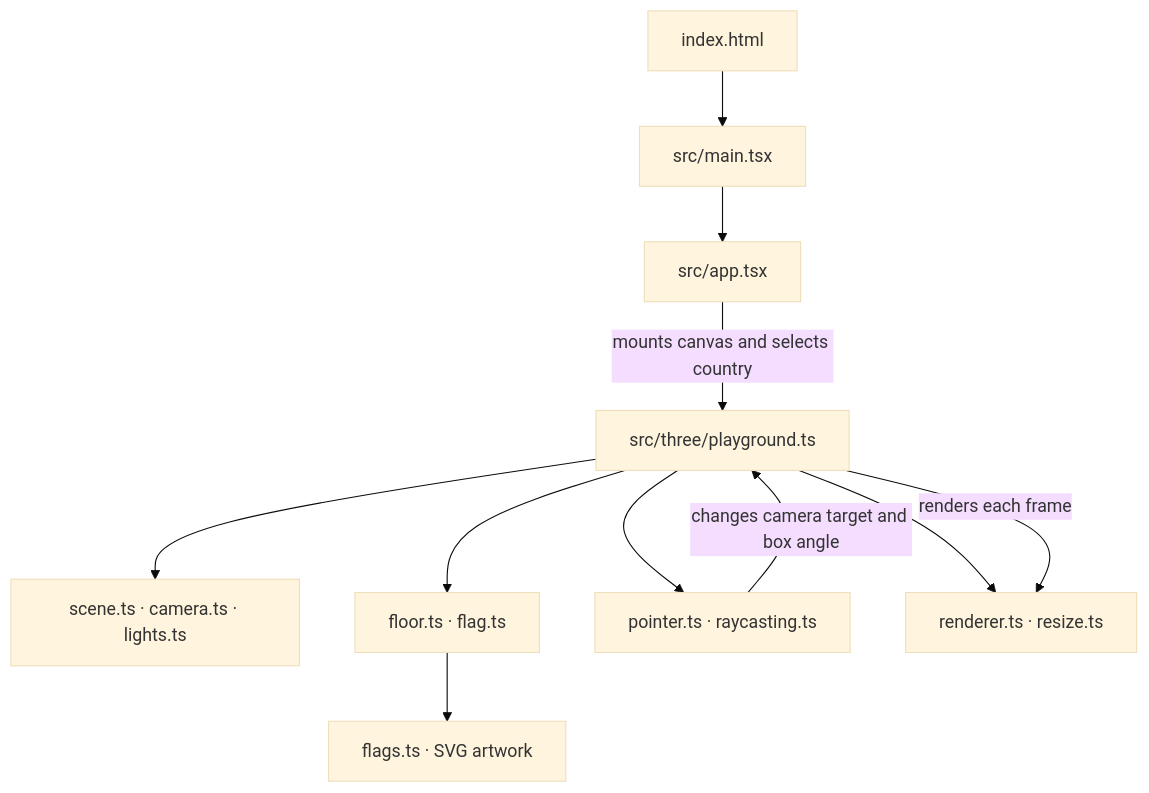
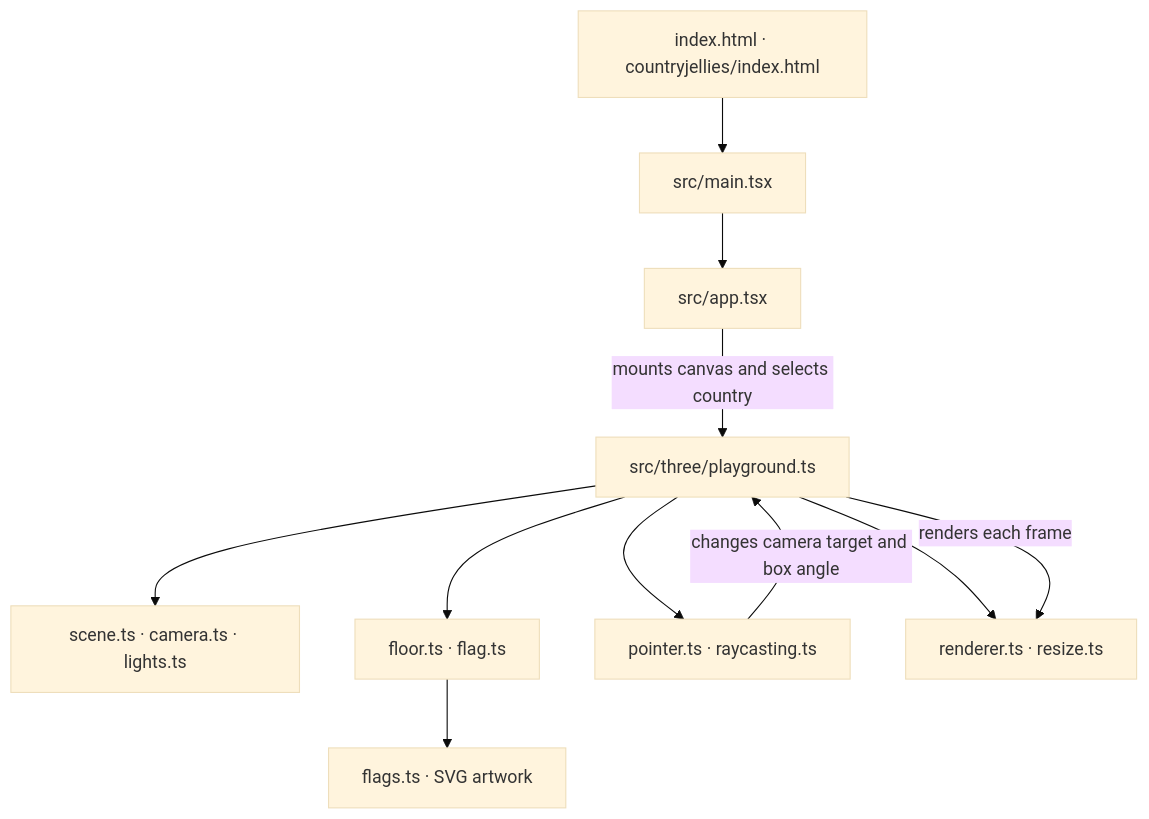
The diagram in README.md (arvikachristy/semesta), drawn with Mermaid (base theme) before and after one commit. The commit also changed other lines of this file and 2 other files, not shown here.

Commit message:
feat: serve playground at countryjellies path

````diff
--- a/README.md
+++ b/README.md
@@ -26,13 +28,13 @@
 ```mermaid
 flowchart TD
-  html["index.html"] --> main["src/main.tsx"]
+  html["index.html · countryjellies/index.html"] --> main["src/main.tsx"]
   main --> app["src/app.tsx"]
   app -->|mounts canvas and selects country| playground["src/three/playground.ts"]
   playground --> scene["scene.ts · camera.ts · lights.ts"]
   playground --> objects["floor.ts · flag.ts"]
   objects --> data["flags.ts · SVG artwork"]
   playground --> input["pointer.ts · raycasting.ts"]
   playground --> output["renderer.ts · resize.ts"]
   input -->|changes camera target and box angle| playground
   playground -->|renders each frame| output
 ```
````
